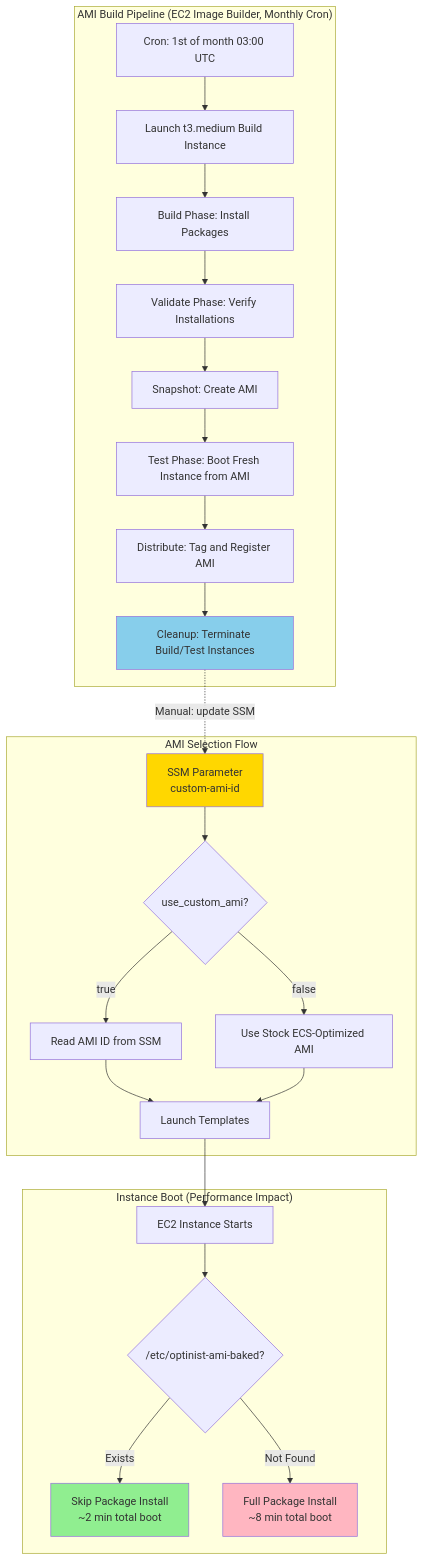
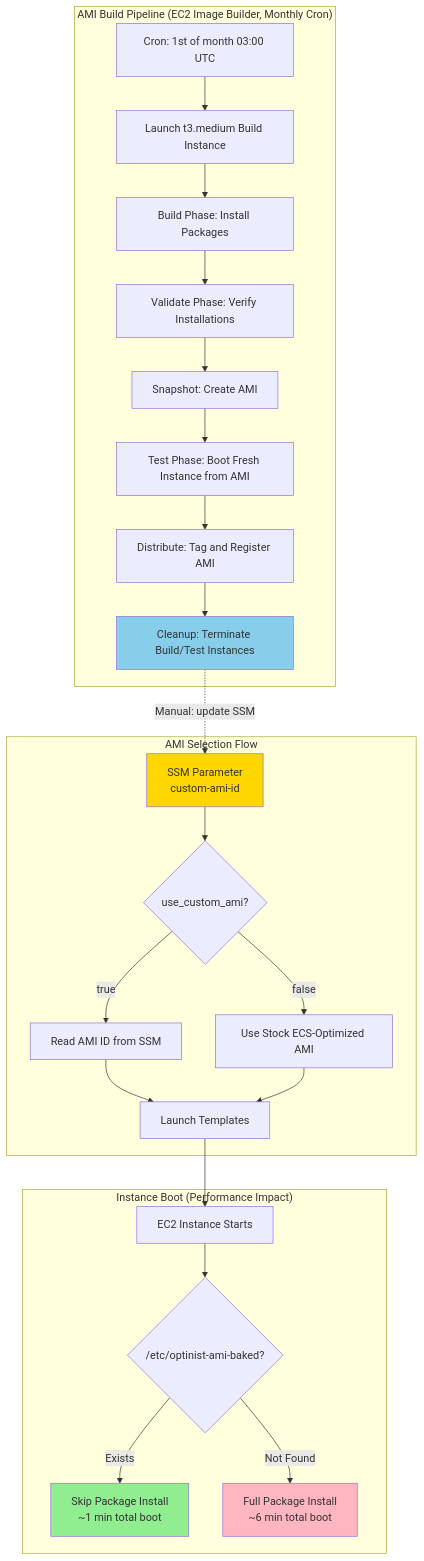
The diagram in infrastructure/documentation/CUSTOM_AMI_ARCHITECTURE.md (arayabrain/araya-optinist), drawn with Mermaid before and after one commit. The commit also changed other lines of this file and 3 other files, not shown here.

````diff
--- a/infrastructure/documentation/CUSTOM_AMI_ARCHITECTURE.md
+++ b/infrastructure/documentation/CUSTOM_AMI_ARCHITECTURE.md
@@ -43,34 +45,34 @@
 ```mermaid
 graph TB
     subgraph "AMI Build Pipeline (EC2 Image Builder, Monthly Cron)"
         A[Cron: 1st of month 03:00 UTC] --> B[Launch t3.medium Build Instance]
         B --> C[Build Phase: Install Packages]
         C --> D[Validate Phase: Verify Installations]
         D --> E[Snapshot: Create AMI]
         E --> F[Test Phase: Boot Fresh Instance from AMI]
         F --> G[Distribute: Tag and Register AMI]
         G --> H[Cleanup: Terminate Build/Test Instances]
     end
 
     subgraph "AMI Selection Flow"
         I[SSM Parameter<br/>custom-ami-id] --> J{use_custom_ami?}
         J -->|true| K[Read AMI ID from SSM]
         J -->|false| L[Use Stock ECS-Optimized AMI]
         K --> M[Launch Templates]
         L --> M
     end
 
     subgraph "Instance Boot (Performance Impact)"
         M --> N[EC2 Instance Starts]
         N --> O{/etc/optinist-ami-baked?}
-        O -->|Exists| P[Skip Package Install<br/>~2 min total boot]
-        O -->|Not Found| Q[Full Package Install<br/>~8 min total boot]
+        O -->|Exists| P[Skip Package Install<br/>~1 min total boot]
+        O -->|Not Found| Q[Full Package Install<br/>~6 min total boot]
     end
 
     H -.->|Manual: update SSM| I
 
     style P fill:#90EE90
     style Q fill:#FFB6C1
     style H fill:#87CEEB
     style I fill:#FFD700
 ```
````
